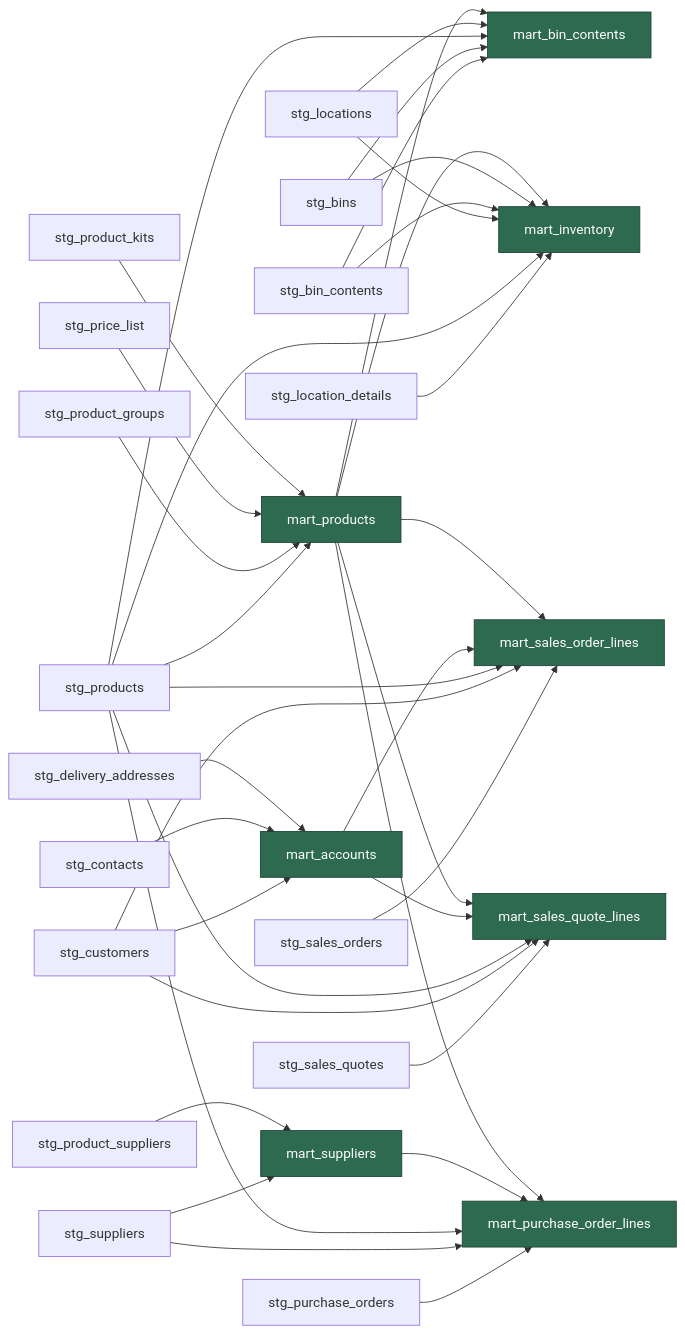
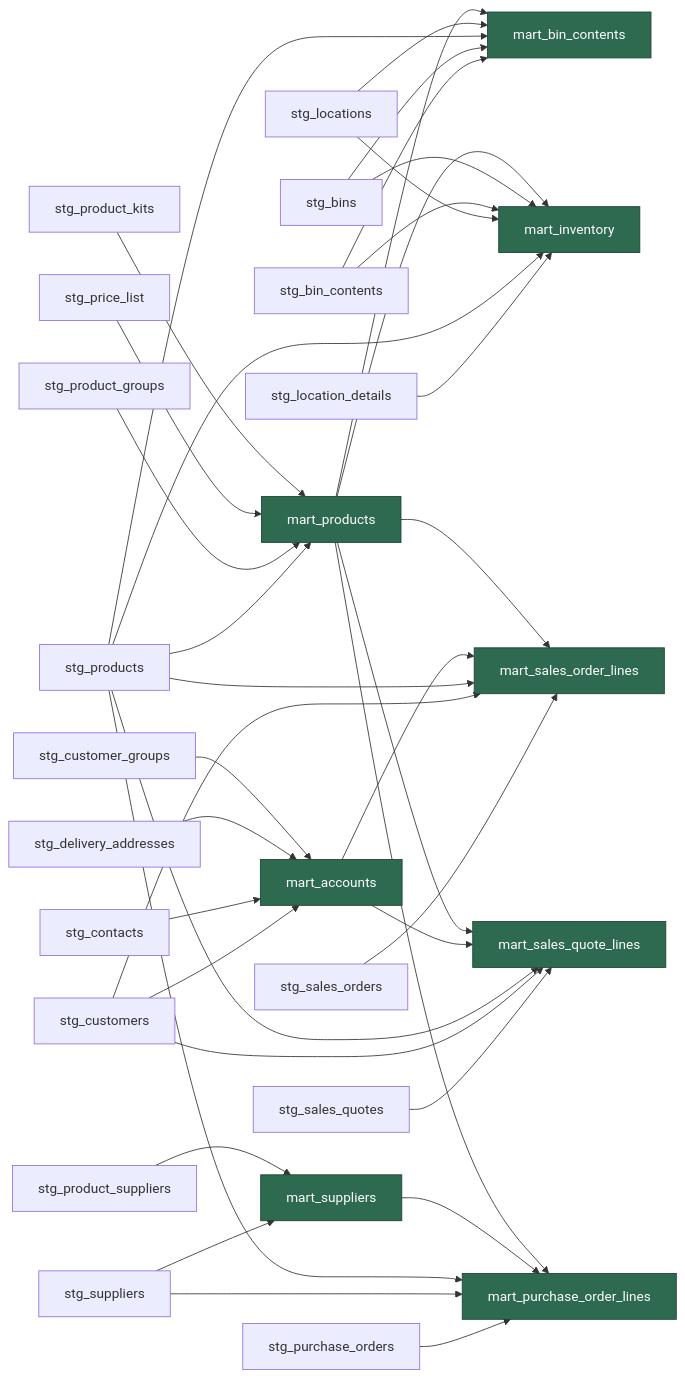
One commit to herobmdotcom/herobm changed the diagram in docs/schema_reference.md. Above: the diagram before and after it, drawn with Mermaid. The commit also changed other lines of this file and 96 other files, not shown here.

````diff
--- a/docs/schema_reference.md
+++ b/docs/schema_reference.md
@@ -32,63 +32,65 @@
 ```mermaid
 graph LR
     stg_bin_contents["stg_bin_contents"]
     stg_bins["stg_bins"]
     stg_contacts["stg_contacts"]
+    stg_customer_groups["stg_customer_groups"]
     stg_customers["stg_customers"]
     stg_delivery_addresses["stg_delivery_addresses"]
     stg_location_details["stg_location_details"]
     stg_locations["stg_locations"]
     stg_price_list["stg_price_list"]
     stg_product_groups["stg_product_groups"]
     stg_product_kits["stg_product_kits"]
     stg_product_suppliers["stg_product_suppliers"]
     stg_products["stg_products"]
     stg_purchase_orders["stg_purchase_orders"]
     stg_sales_orders["stg_sales_orders"]
     stg_sales_quotes["stg_sales_quotes"]
     stg_suppliers["stg_suppliers"]
     mart_accounts["mart_accounts"]:::mart
     mart_bin_contents["mart_bin_contents"]:::mart
     mart_inventory["mart_inventory"]:::mart
     mart_products["mart_products"]:::mart
     mart_purchase_order_lines["mart_purchase_order_lines"]:::mart
     mart_sales_order_lines["mart_sales_order_lines"]:::mart
     mart_sales_quote_lines["mart_sales_quote_lines"]:::mart
     mart_suppliers["mart_suppliers"]:::mart
     stg_customers --> mart_accounts
     stg_contacts --> mart_accounts
     stg_delivery_addresses --> mart_accounts
+    stg_customer_groups --> mart_accounts
     stg_bin_contents --> mart_bin_contents
     stg_bins --> mart_bin_contents
     stg_products --> mart_bin_contents
     stg_locations --> mart_bin_contents
     mart_products --> mart_bin_contents
     stg_location_details --> mart_inventory
     stg_products --> mart_inventory
     stg_locations --> mart_inventory
     stg_bin_contents --> mart_inventory
     stg_bins --> mart_inventory
     mart_products --> mart_inventory
     stg_products --> mart_products
     stg_product_groups --> mart_products
     stg_price_list --> mart_products
     stg_product_kits --> mart_products
     stg_purchase_orders --> mart_purchase_order_lines
     stg_suppliers --> mart_purchase_order_lines
     stg_products --> mart_purchase_order_lines
     mart_suppliers --> mart_purchase_order_lines
     mart_products --> mart_purchase_order_lines
     stg_sales_orders --> mart_sales_order_lines
     stg_customers --> mart_sales_order_lines
     stg_products --> mart_sales_order_lines
     mart_accounts --> mart_sales_order_lines
     mart_products --> mart_sales_order_lines
     stg_sales_quotes --> mart_sales_quote_lines
     stg_customers --> mart_sales_quote_lines
     stg_products --> mart_sales_quote_lines
     mart_accounts --> mart_sales_quote_lines
     mart_products --> mart_sales_quote_lines
     stg_suppliers --> mart_suppliers
     stg_product_suppliers --> mart_suppliers
     classDef mart fill:#2d6a4f,stroke:#1b4332,color:#fff
 ```
````
